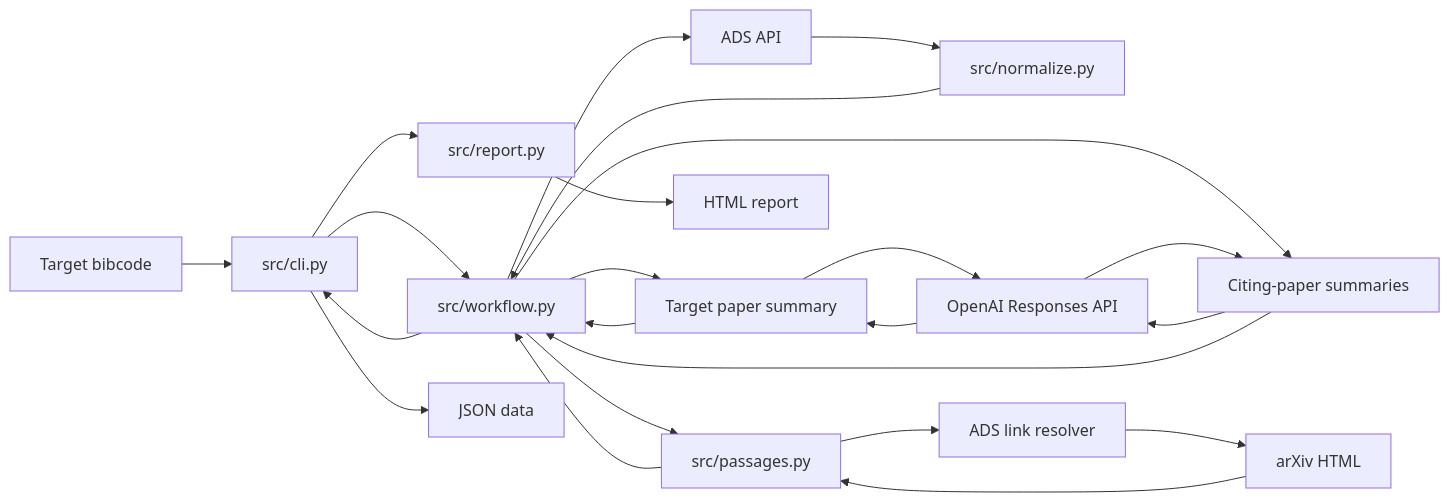
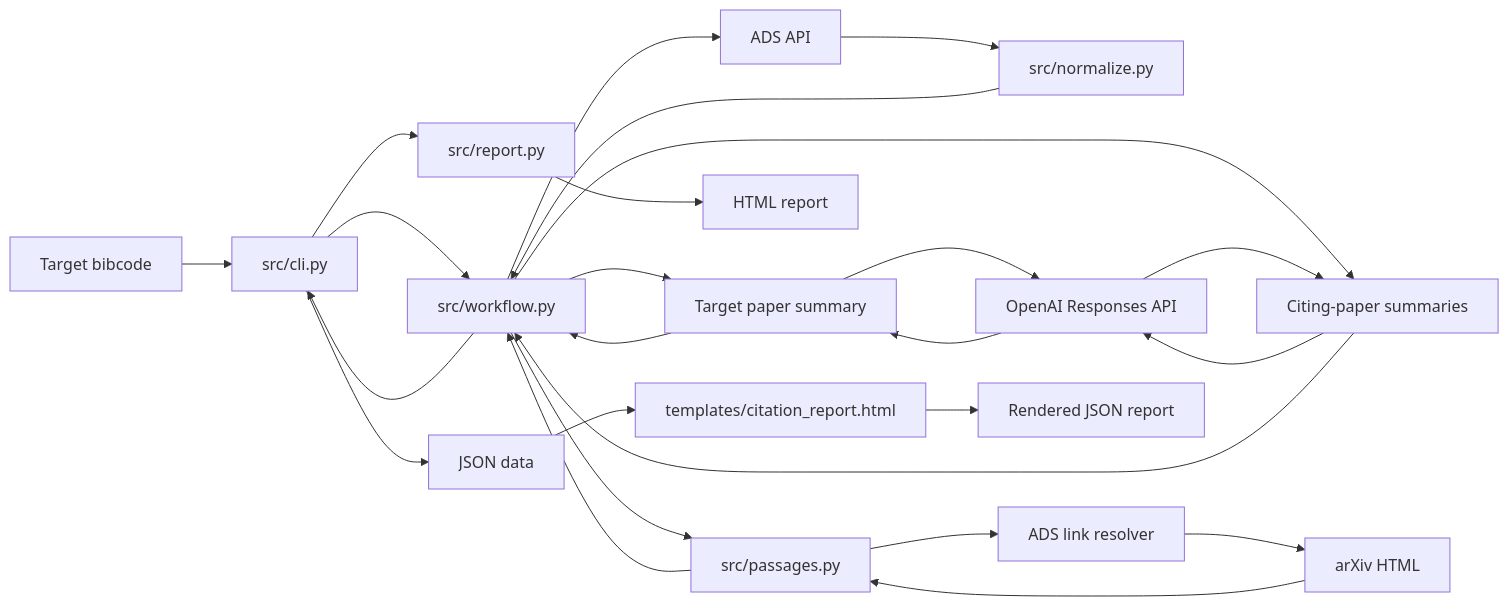
One commit to ttepperg/citation-agent changed the diagram in PIPELINE.md. Above: the diagram before and after it, drawn with Mermaid. The commit also changed other lines of this file and 3 other files, not shown here.

Commit message:
Add JSON report viewer and document usage

````diff
--- a/PIPELINE.md
+++ b/PIPELINE.md
@@ -6,26 +6,28 @@
 ```mermaid
 flowchart LR
     User[Target bibcode] --> CLI[src/cli.py]
     CLI --> Workflow[src/workflow.py]
     Workflow --> ADS[ADS API]
     ADS --> Normalize[src/normalize.py]
     Normalize --> Workflow
     Workflow --> TargetSummary[Target paper summary]
     TargetSummary --> OpenAI[OpenAI Responses API]
     OpenAI --> TargetSummary
     TargetSummary --> Workflow
     Workflow --> Passages[src/passages.py]
     Passages --> Resolver[ADS link resolver]
     Resolver --> Arxiv[arXiv HTML]
     Arxiv --> Passages
     Passages --> Workflow
     Workflow --> CitationSummary[Citing-paper summaries]
     CitationSummary --> OpenAI
     OpenAI --> CitationSummary
     CitationSummary --> Workflow
     Workflow --> CLI
     CLI --> Report[src/report.py]
     Report --> HTML[HTML report]
     CLI --> JSON[JSON data]
+    JSON --> Viewer[templates/citation_report.html]
+    Viewer --> View[Rendered JSON report]
     Report ~~~ CLI
 ```
````
